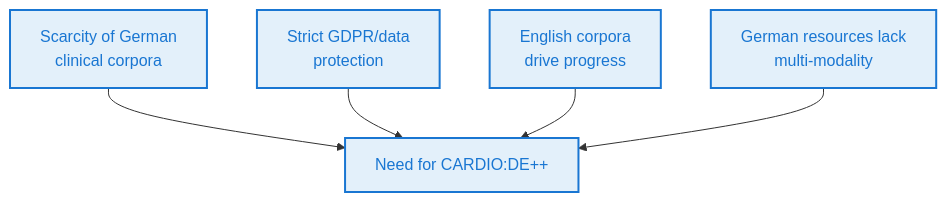
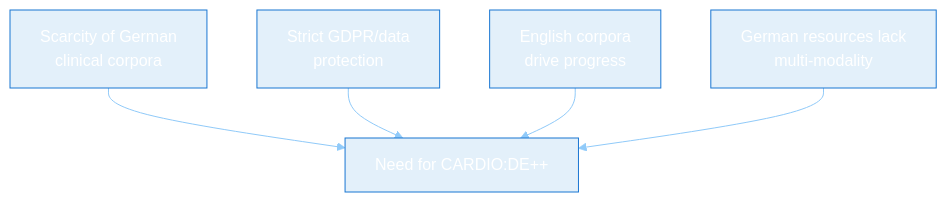
One commit to phiwi/cardio_dfg changed the first of 3 diagrams in slides.md. Above: the diagram before and after it, drawn with Mermaid. The commit also changed other lines of this file, not shown here.

````diff
--- a/slides.md
+++ b/slides.md
@@ -150,16 +162,17 @@
 ```mermaid
+%%{init: {'theme': 'base', 'themeVariables': { 'primaryColor': '#1976d2', 'primaryTextColor': '#ffffff', 'primaryBorderColor': '#0f2027', 'lineColor': '#90caf9', 'textColor': '#1976d2', 'mainBkg': '#e3f0fa', 'nodeBorder': '#1976d2' }}}%%
 flowchart TD
+
     A["Scarcity of German<br>  clinical corpora"]
     B["Strict GDPR/data<br>  protection"]
     C["English corpora <br> drive progress"]
     D["German resources lack<br>  multi-modality"]
     E["Need for CARDIO:DE++"]
 
     A --> E
     B --> E
     C --> E
     D --> E
 
-    classDef default fill:#e3f0fa,stroke:#1976d2,stroke-width:2px,color:#1976d2;
     classDef E fill:#1976d2,stroke:#0f2027,stroke-width:3px,color:#fff;
 ```
````
